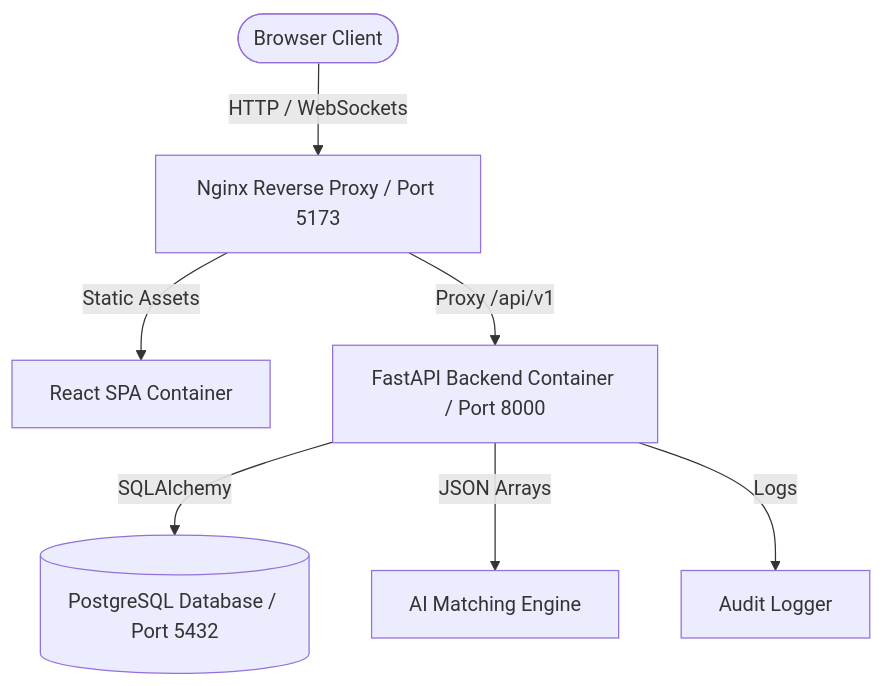
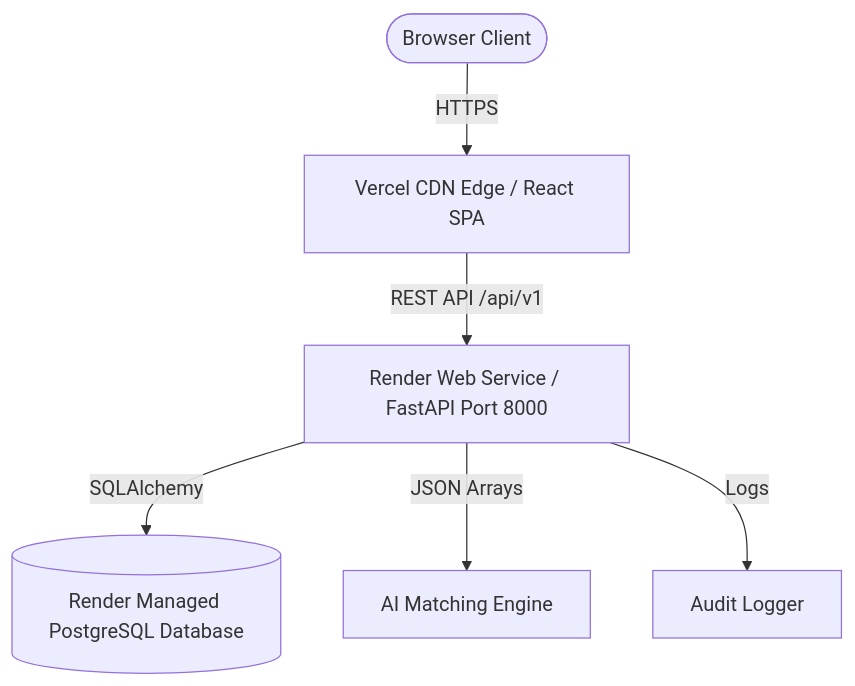
The diagram in docs/system-architecture.md (Sagenmurmu/InternSetu-AI), drawn with Mermaid before and after one commit. The commit also changed other lines of this file and 16 other files, not shown here.

````diff
--- a/docs/system-architecture.md
+++ b/docs/system-architecture.md
@@ -15,9 +15,8 @@
 ```mermaid
 graph TD
-    User([Browser Client]) -->|HTTP / WebSockets| Nginx[Nginx Reverse Proxy / Port 5173]
-    Nginx -->|Static Assets| Frontend[React SPA Container]
-    Nginx -->|Proxy /api/v1| Backend[FastAPI Backend Container / Port 8000]
-    Backend -->|SQLAlchemy| Database[(PostgreSQL Database / Port 5432)]
-    Backend -->|JSON Arrays| AIMatching[AI Matching Engine]
-    Backend -->|Logs| Audit[Audit Logger]
+    User([Browser Client]) -->|HTTPS| Vercel[Vercel CDN Edge / React SPA]
+    Vercel -->|REST API /api/v1| Render[Render Web Service / FastAPI Port 8000]
+    Render -->|SQLAlchemy| Database[(Render Managed PostgreSQL Database)]
+    Render -->|JSON Arrays| AIMatching[AI Matching Engine]
+    Render -->|Logs| Audit[Audit Logger]
 ```
````
